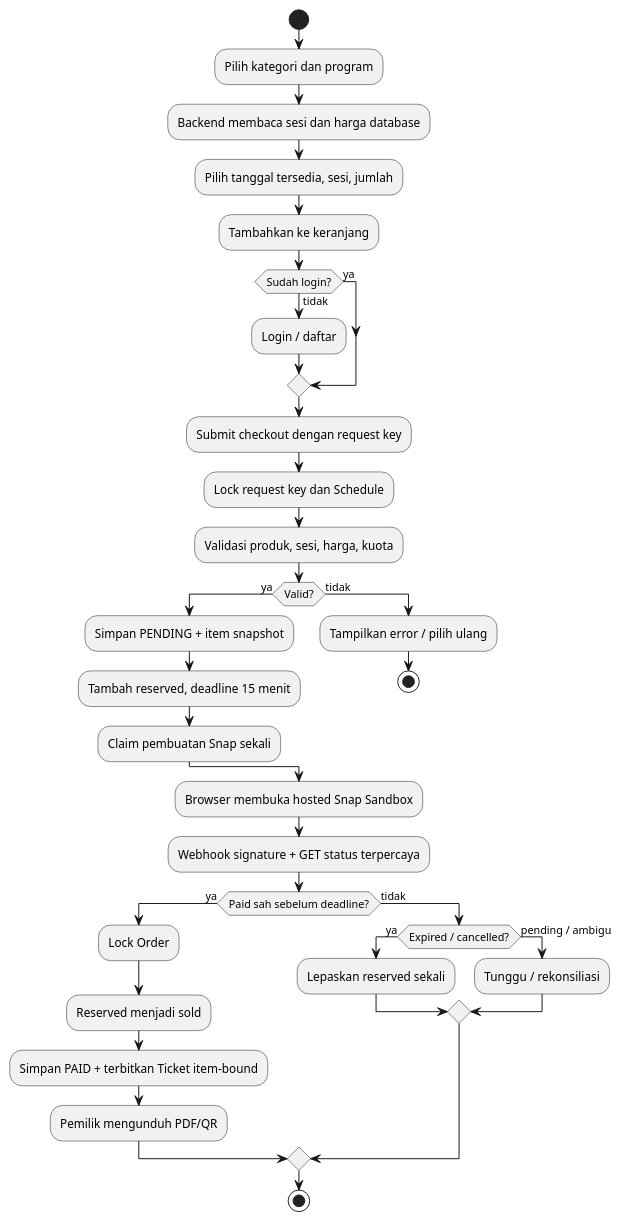
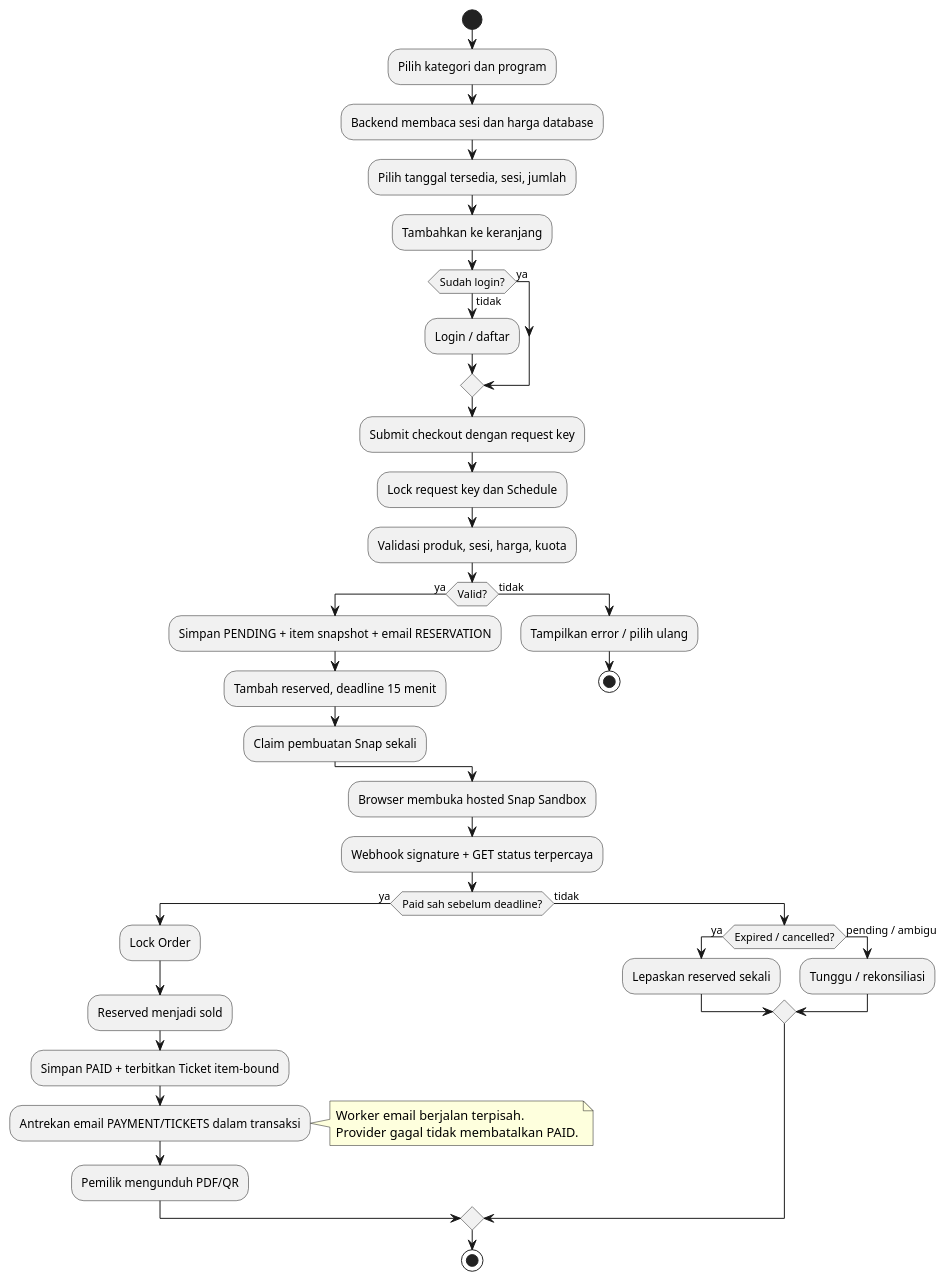
Before and after one commit to rifdanhd/lembur.udjo: the diagram in docs/booking/diagrams/reservation-activity.puml, drawn with PlantUML. The commit also changed 47 other files, not shown here.

```diff
--- a/docs/booking/diagrams/reservation-activity.puml
+++ b/docs/booking/diagrams/reservation-activity.puml
@@ -1,37 +1,42 @@
 @startuml
 start
 :Pilih kategori dan program;
 :Backend membaca sesi dan harga database;
 :Pilih tanggal tersedia, sesi, jumlah;
 :Tambahkan ke keranjang;
 if (Sudah login?) then (ya)
 else (tidak)
  :Login / daftar;
 endif
 :Submit checkout dengan request key;
 :Lock request key dan Schedule;
 :Validasi produk, sesi, harga, kuota;
 if (Valid?) then (ya)
- :Simpan PENDING + item snapshot;
+ :Simpan PENDING + item snapshot + email RESERVATION;
  :Tambah reserved, deadline 15 menit;
  :Claim pembuatan Snap sekali;
 else (tidak)
  :Tampilkan error / pilih ulang;
  stop
 endif
 :Browser membuka hosted Snap Sandbox;
 :Webhook signature + GET status terpercaya;
 if (Paid sah sebelum deadline?) then (ya)
  :Lock Order;
  :Reserved menjadi sold;
  :Simpan PAID + terbitkan Ticket item-bound;
+ :Antrekan email PAYMENT/TICKETS dalam transaksi;
+ note right
+  Worker email berjalan terpisah.
+  Provider gagal tidak membatalkan PAID.
+ end note
  :Pemilik mengunduh PDF/QR;
 else (tidak)
  if (Expired / cancelled?) then (ya)
   :Lepaskan reserved sekali;
  else (pending / ambigu)
   :Tunggu / rekonsiliasi;
  endif
 endif
 stop
 @enduml
```
